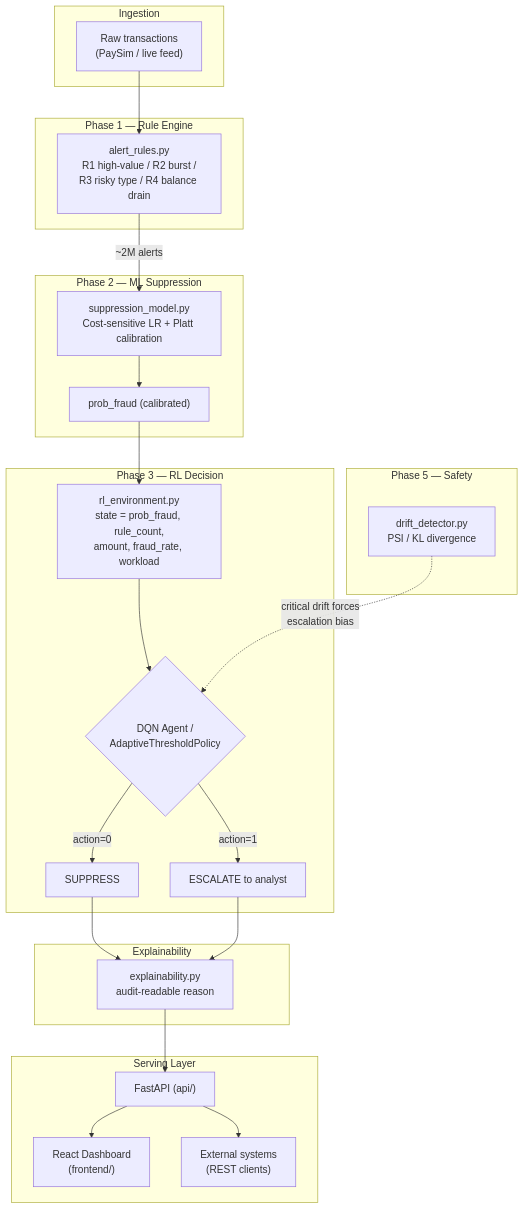
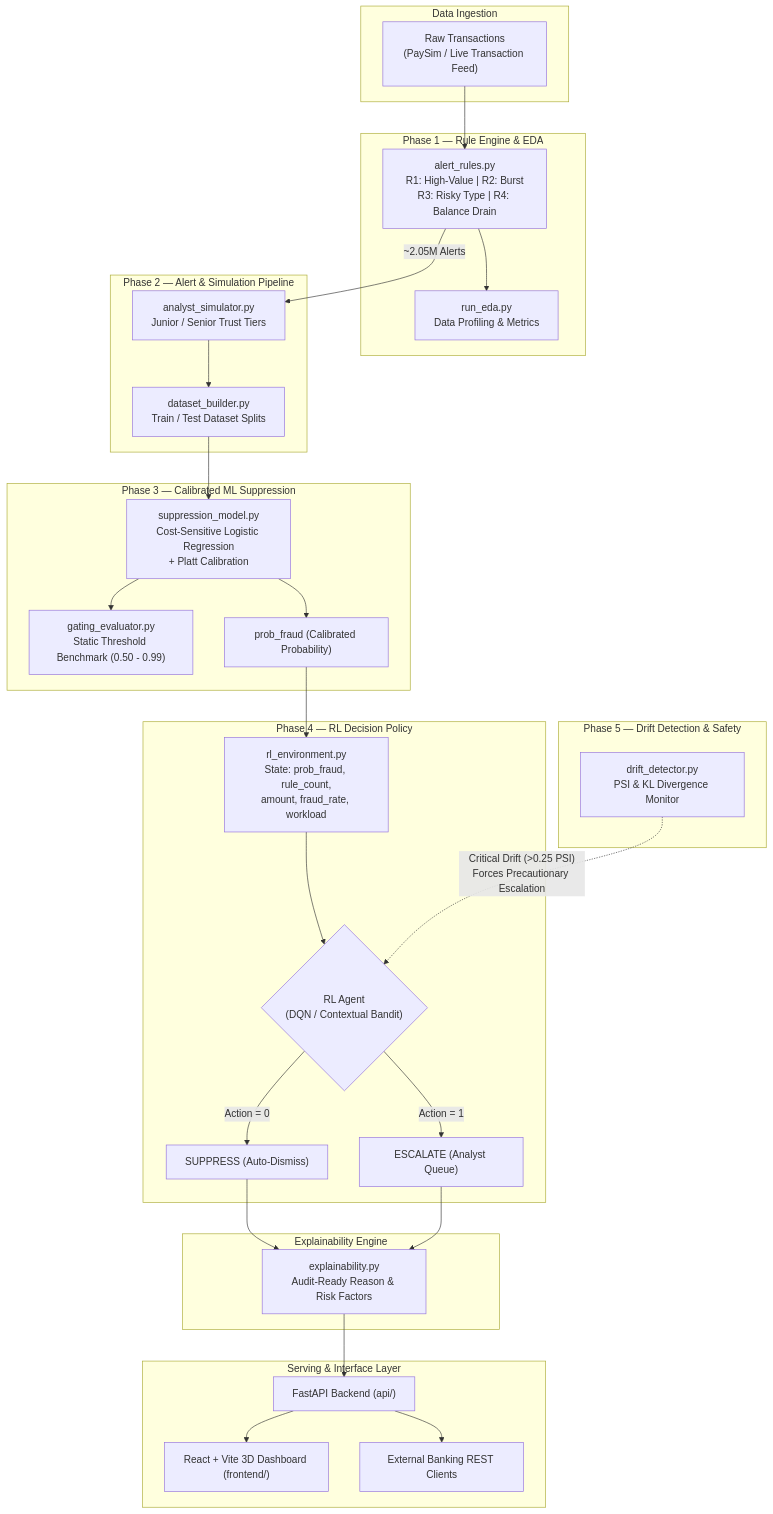
The first of 2 diagrams in README.md (Krishaaashah/AlertIQ), drawn with Mermaid before and after one commit. The commit also changed other lines of this file, not shown here.

Commit message:
docs: update README with application run guide and updated architecture diagrams

````diff
--- a/README.md
+++ b/README.md
@@ -106,37 +114,44 @@
 ```mermaid
 flowchart TB
-    subgraph Ingestion
-        A["Raw transactions\n(PaySim / live feed)"]
+    subgraph Ingestion["Data Ingestion"]
+        A["Raw Transactions\n(PaySim / Live Transaction Feed)"]
     end
 
-    subgraph Phase1["Phase 1 — Rule Engine"]
-        A --> B["alert_rules.py\nR1 high-value / R2 burst /\nR3 risky type / R4 balance drain"]
+    subgraph Phase1["Phase 1 — Rule Engine & EDA"]
+        A --> B["alert_rules.py\nR1: High-Value | R2: Burst\nR3: Risky Type | R4: Balance Drain"]
+        B --> EDA["run_eda.py\nData Profiling & Metrics"]
     end
 
-    subgraph Phase2["Phase 2 — ML Suppression"]
-        B -->|"~2M alerts"| C["suppression_model.py\nCost-sensitive LR + Platt calibration"]
-        C --> D["prob_fraud (calibrated)"]
+    subgraph Phase2["Phase 2 — Alert & Simulation Pipeline"]
+        B -->|"~2.05M Alerts"| C["analyst_simulator.py\nJunior / Senior Trust Tiers"]
+        C --> D["dataset_builder.py\nTrain / Test Dataset Splits"]
     end
 
-    subgraph Phase3["Phase 3 — RL Decision"]
-        D --> E["rl_environment.py\nstate = prob_fraud, rule_count,\namount, fraud_rate, workload"]
-        E --> F{"DQN Agent /\nAdaptiveThresholdPolicy"}
-        F -->|"action=0"| G["SUPPRESS"]
-        F -->|"action=1"| H["ESCALATE to analyst"]
+    subgraph Phase3["Phase 3 — Calibrated ML Suppression"]
+        D --> E["suppression_model.py\nCost-Sensitive Logistic Regression\n+ Platt Calibration"]
+        E --> F["gating_evaluator.py\nStatic Threshold Benchmark (0.50 - 0.99)"]
+        E --> G["prob_fraud (Calibrated Probability)"]
     end
 
-    subgraph Phase5["Phase 5 — Safety"]
-        I["drift_detector.py\nPSI / KL divergence"] -.->|"critical drift forces\nescalation bias"| F
+    subgraph Phase4["Phase 4 — RL Decision Policy"]
+        G --> H["rl_environment.py\nState: prob_fraud, rule_count,\namount, fraud_rate, workload"]
+        H --> I{"RL Agent\n(DQN / Contextual Bandit)"}
+        I -->|"Action = 0"| J["SUPPRESS (Auto-Dismiss)"]
+        I -->|"Action = 1"| K["ESCALATE (Analyst Queue)"]
     end
 
-    subgraph Explain["Explainability"]
-        G --> J["explainability.py\naudit-readable reason"]
-        H --> J
+    subgraph Phase5["Phase 5 — Drift Detection & Safety"]
+        L["drift_detector.py\nPSI & KL Divergence Monitor"] -.->|"Critical Drift (>0.25 PSI)\nForces Precautionary Escalation"| I
     end
 
-    subgraph Serve["Serving Layer"]
-        J --> K["FastAPI (api/)"]
-        K --> L["React Dashboard\n(frontend/)"]
-        K --> M["External systems\n(REST clients)"]
+    subgraph Explain["Explainability Engine"]
+        J --> M["explainability.py\nAudit-Ready Reason & Risk Factors"]
+        K --> M
+    end
+
+    subgraph Serve["Serving & Interface Layer"]
+        M --> N["FastAPI Backend (api/)"]
+        N --> O["React + Vite 3D Dashboard (frontend/)"]
+        N --> P["External Banking REST Clients"]
     end
 ```
````
